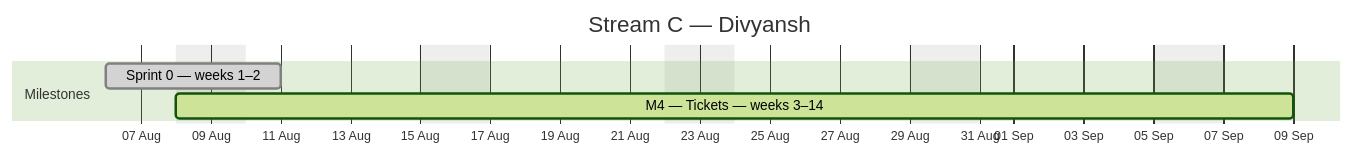
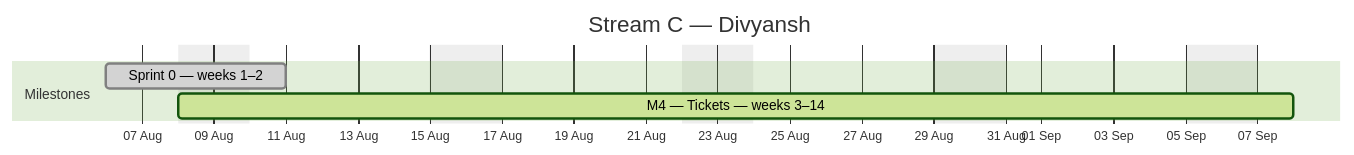
Before and after one commit to debashisedunext/EduTrack: the third of 4 diagrams in docs/plan/GANTT.md, drawn with Mermaid (forest theme). The commit also changed other lines of this file and 3 other files, not shown here.

````diff
--- a/docs/plan/GANTT.md
+++ b/docs/plan/GANTT.md
@@ -119,10 +119,10 @@
 ```mermaid
 gantt
     dateFormat YYYY-MM-DD
     axisFormat %d %b
     title Stream C — Divyansh
     excludes weekends
     section Milestones
     Sprint 0 — weeks 1–2 :done, c0, 2026-08-06, 3d
-    M4 — Tickets — weeks 3–14 :active, c1, 2026-08-08, 23d
+    M4 — Tickets — weeks 3–14 :active, c1, 2026-08-08, 22d
 ```
````
